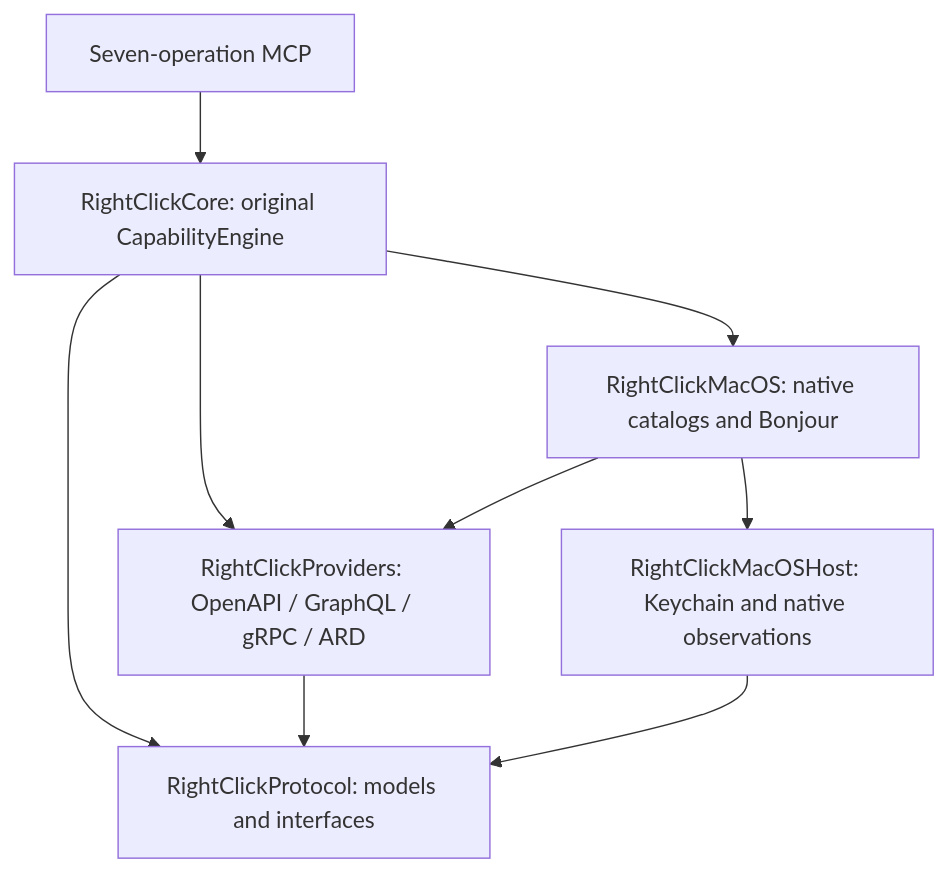
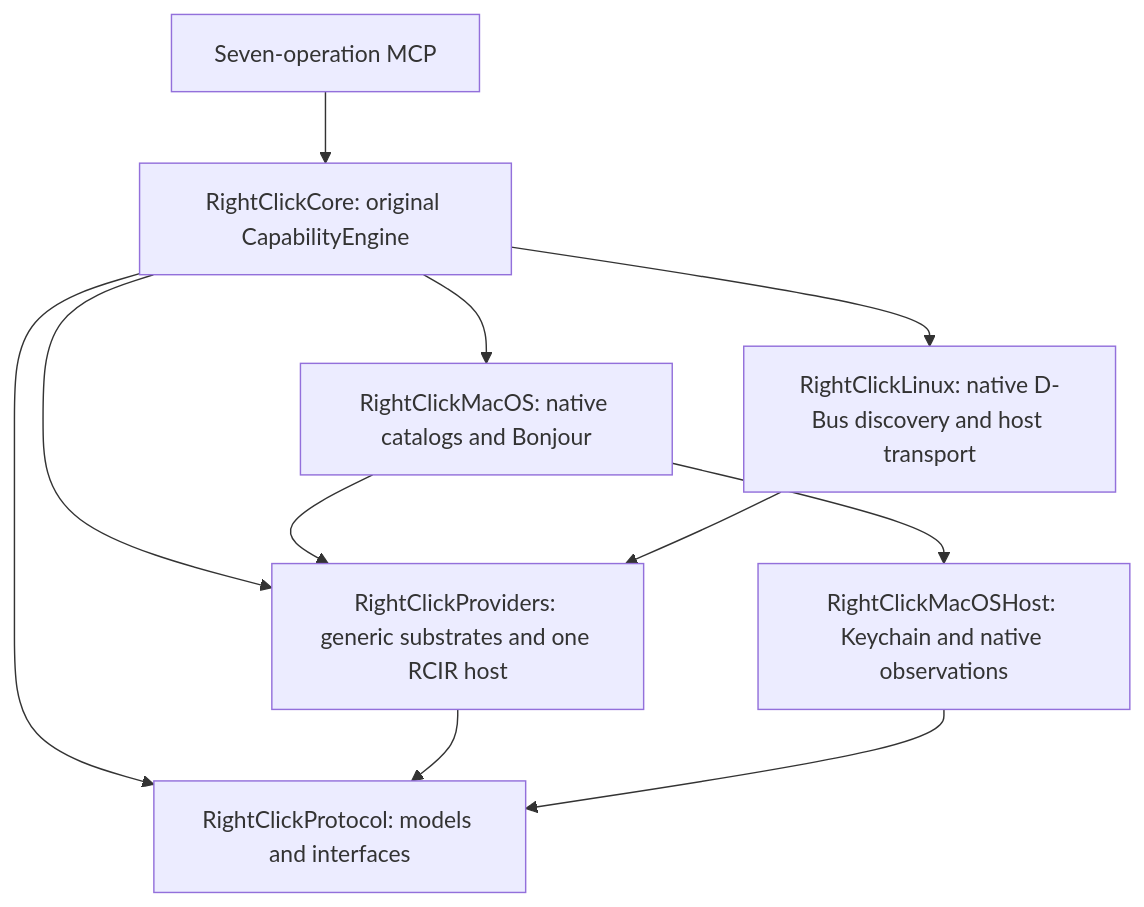
Before and after one commit to rossbuckley1990-hash/rightclick: the diagram in docs/PORTABLE-FABRIC.md, drawn with Mermaid. The commit also changed other lines of this file and 18 other files, not shown here.

````diff
--- a/docs/PORTABLE-FABRIC.md
+++ b/docs/PORTABLE-FABRIC.md
@@ -21,11 +31,13 @@
 ```mermaid
 flowchart TD
   MCP[Seven-operation MCP] --> Core[RightClickCore: original CapabilityEngine]
   Core --> Protocol[RightClickProtocol: models and interfaces]
-  Core --> Providers[RightClickProviders: OpenAPI / GraphQL / gRPC / ARD]
+  Core --> Providers[RightClickProviders: generic substrates and one RCIR host]
   Core --> Native[RightClickMacOS: native catalogs and Bonjour]
   Providers --> Protocol
   Native --> Providers
   Native --> Host[RightClickMacOSHost: Keychain and native observations]
   Host --> Protocol
+  Core --> Linux[RightClickLinux: native D-Bus discovery and host transport]
+  Linux --> Providers
 ```
````
